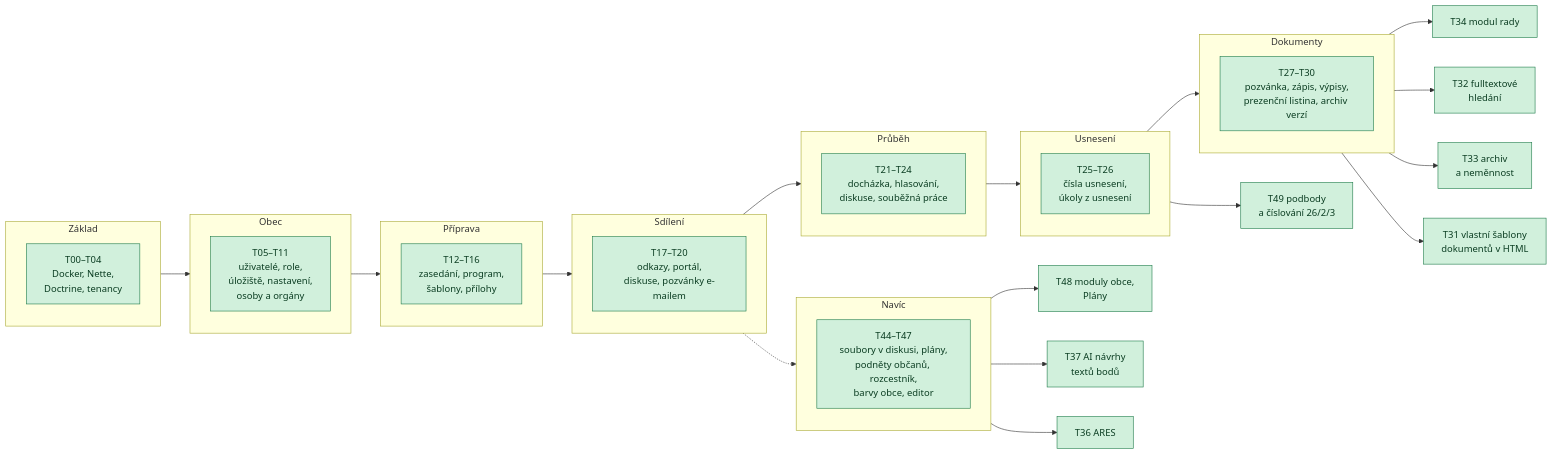
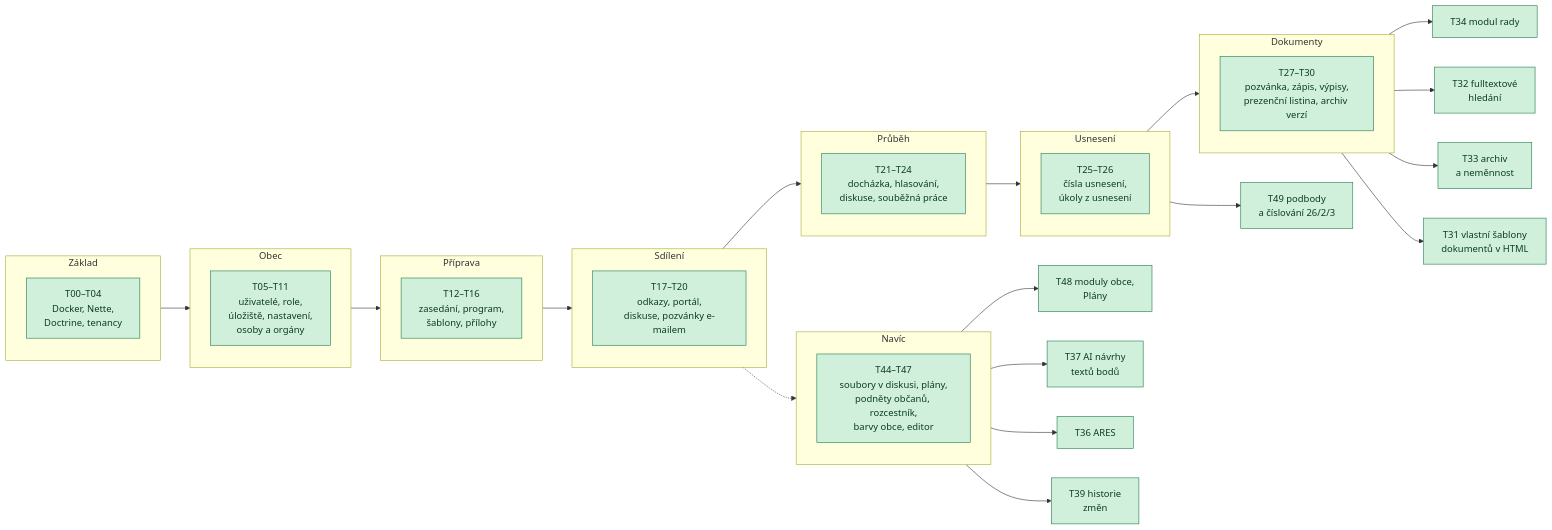
One commit to 731mat/konsel changed the diagram in doc/wiki/09-plan-a-stav.md. Above: the diagram before and after it, drawn with Mermaid. The commit also changed other lines of this file and 31 other files, not shown here.

First line of the commit message:
T39: historie změn – kdo, kdy, co a z čeho na co

````diff
--- a/doc/wiki/09-plan-a-stav.md
+++ b/doc/wiki/09-plan-a-stav.md
@@ -7,48 +7,50 @@
 ```mermaid
 flowchart LR
     subgraph F0["Základ"]
         T00[T00–T04<br/>Docker, Nette,<br/>Doctrine, tenancy]
     end
     subgraph F1["Obec"]
         T05[T05–T11<br/>uživatelé, role,<br/>úložiště, nastavení,<br/>osoby a orgány]
     end
     subgraph F2["Příprava"]
         T12[T12–T16<br/>zasedání, program,<br/>šablony, přílohy]
     end
     subgraph F3["Sdílení"]
         T17[T17–T20<br/>odkazy, portál,<br/>diskuse, pozvánky e-mailem]
     end
     subgraph F4["Průběh"]
         T21[T21–T24<br/>docházka, hlasování,<br/>diskuse, souběžná práce]
     end
     subgraph F5["Usnesení"]
         T25[T25–T26<br/>čísla usnesení,<br/>úkoly z usnesení]
     end
     subgraph F6["Dokumenty"]
         T28[T27–T30<br/>pozvánka, zápis, výpisy,<br/>prezenční listina, archiv verzí]
     end
     subgraph F10["Navíc"]
         T44[T44–T47<br/>soubory v diskusi, plány,<br/>podněty občanů, rozcestník,<br/>barvy obce, editor]
     end
     T34[T34 modul rady]
     T32[T32 fulltextové<br/>hledání]
     T33[T33 archiv<br/>a neměnnost]
     T48[T48 moduly obce,<br/>Plány]
     T31[T31 vlastní šablony<br/>dokumentů v HTML]
     T49[T49 podbody<br/>a číslování 26/2/3]
     T37[T37 AI návrhy<br/>textů bodů]
     T36[T36 ARES]
+    T39[T39 historie<br/>změn]
     F0 --> F1 --> F2 --> F3 --> F4 --> F5 --> F6
     F6 --> T34
     F6 --> T32
     F6 --> T33
     F10 --> T48
     F6 --> T31
     F5 --> T49
     F10 --> T37
     F10 --> T36
+    F10 --> T39
     F3 -.-> F10
 
     classDef done fill:#d1f0dc,stroke:#1e7b4a,color:#0b3d22;
-    class T00,T05,T12,T17,T21,T25,T28,T44,T34,T32,T33,T48,T31,T49,T37,T36 done;
+    class T00,T05,T12,T17,T21,T25,T28,T44,T34,T32,T33,T48,T31,T49,T37,T36,T39 done;
 ```
````
